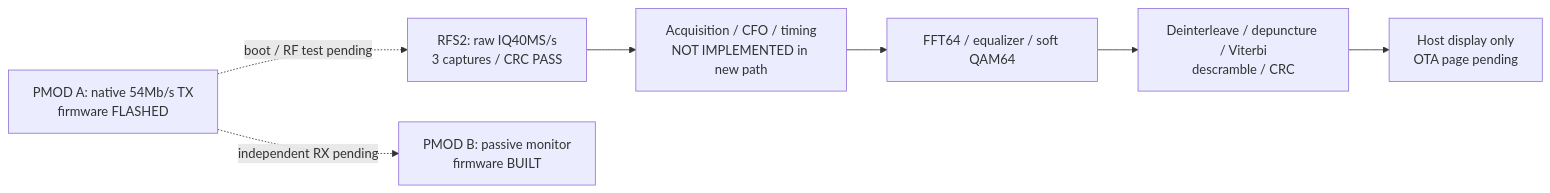
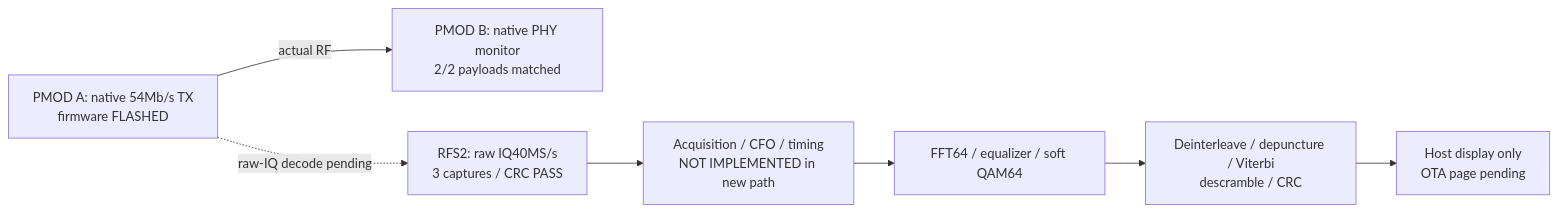
Before and after one commit to AEW2015/altera_examples: the diagram in esp32_agilex3_iq/docs/WIFI64_IMPLEMENTATION_STATUS.md, drawn with Mermaid. The commit also changed other lines of this file and 40 other files, not shown here.

````diff
--- a/esp32_agilex3_iq/docs/WIFI64_IMPLEMENTATION_STATUS.md
+++ b/esp32_agilex3_iq/docs/WIFI64_IMPLEMENTATION_STATUS.md
@@ -7,9 +8,9 @@
 ```mermaid
 flowchart LR
-  A[PMOD A: native 54Mb/s TX<br/>firmware FLASHED] -. boot / RF test pending .-> B[RFS2: raw IQ40MS/s<br/>3 captures / CRC PASS]
-  A -. independent RX pending .-> M[PMOD B: passive monitor<br/>firmware BUILT]
+  A[PMOD A: native 54Mb/s TX<br/>firmware FLASHED] -->|actual RF| M[PMOD B: native PHY monitor<br/>2/2 payloads matched]
+  A -. raw-IQ decode pending .-> B[RFS2: raw IQ40MS/s<br/>3 captures / CRC PASS]
   B --> C[Acquisition / CFO / timing<br/>NOT IMPLEMENTED in new path]
   C --> D[FFT64 / equalizer / soft QAM64]
   D --> E[Deinterleave / depuncture / Viterbi<br/>descramble / CRC]
   E --> F[Host display only<br/>OTA page pending]
 ```
````
